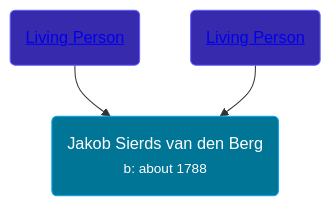
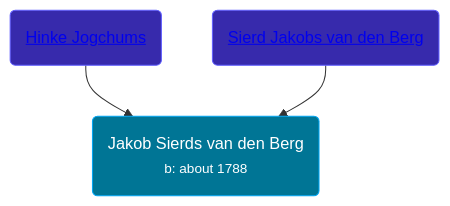
The diagram in pages/people/7/74645149.md (wpmgotkh/wpmgotkh.github.io), drawn with Mermaid before and after one commit. The commit also changed other lines of this file and 586 other files, not shown here.

Commit message:
feat: better shouldConsiderPersonLiving algo

````diff
--- a/pages/people/7/74645149.md
+++ b/pages/people/7/74645149.md
@@ -10,9 +10,9 @@
 ```mermaid
 graph
 classDef grands fill:#193cb8,stroke:#2b7fff,stroke-width:1px,color:#fff;
 classDef parents fill:#372aac,stroke:#615fff,stroke-width:1px,color:#fff;
 classDef primary fill:#007595,stroke:#00a6f4,stroke-width:1px,color:#fff;
 74645149(Jakob Sierds van den Berg<br /><small>b: about 1788</small>):::primary
-32117924(<a class="text-white" href="/people/3/32117924">Living Person</a>):::parents-->74645149
-44245164(<a class="text-white" href="/people/4/44245164">Living Person</a>):::parents-->74645149
+32117924(<a class="text-white" href="/people/3/32117924">Hinke Jogchums</a>):::parents-->74645149
+44245164(<a class="text-white" href="/people/4/44245164">Sierd Jakobs van den Berg</a>):::parents-->74645149
 ```
````
